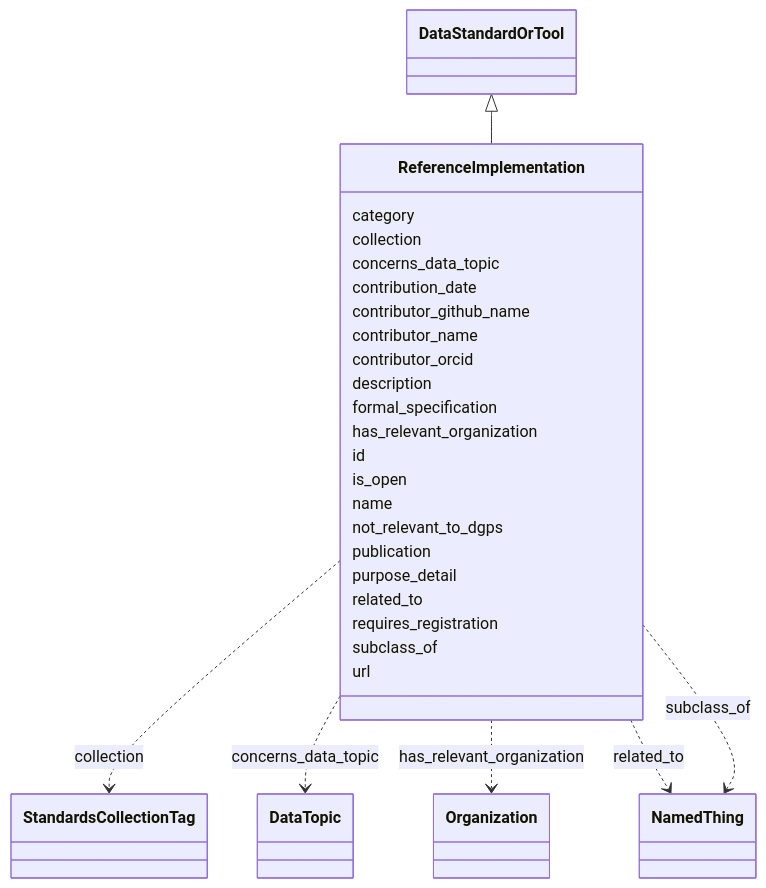
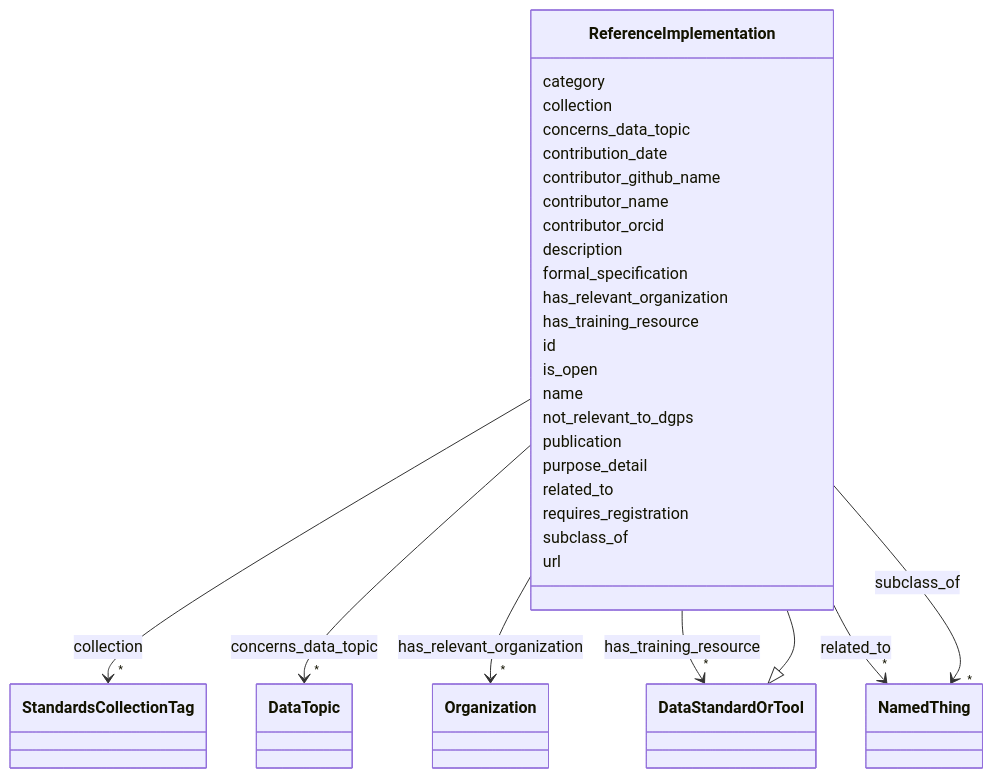
Before and after one commit to bridge2ai/standards-schemas: the diagram in docs/ReferenceImplementation.md, drawn with Mermaid. The commit also changed other lines of this file and 212 other files, not shown here.

````diff
--- a/docs/ReferenceImplementation.md
+++ b/docs/ReferenceImplementation.md
@@ -11,17 +19,29 @@
 ```mermaid
  classDiagram
     class ReferenceImplementation
+    click ReferenceImplementation href "../ReferenceImplementation"
       DataStandardOrTool <|-- ReferenceImplementation
+        click DataStandardOrTool href "../DataStandardOrTool"
       
       ReferenceImplementation : category
         
       ReferenceImplementation : collection
         
-          ReferenceImplementation ..> StandardsCollectionTag : collection
+          
+    
+    
+    ReferenceImplementation --> "*" StandardsCollectionTag : collection
+    click StandardsCollectionTag href "../StandardsCollectionTag"
+
         
       ReferenceImplementation : concerns_data_topic
         
-          ReferenceImplementation ..> DataTopic : concerns_data_topic
+          
+    
+    
+    ReferenceImplementation --> "*" DataTopic : concerns_data_topic
+    click DataTopic href "../DataTopic"
+
         
       ReferenceImplementation : contribution_date
         
@@ -37,7 +57,21 @@
         
       ReferenceImplementation : has_relevant_organization
         
-          ReferenceImplementation ..> Organization : has_relevant_organization
+          
+    
+    
+    ReferenceImplementation --> "*" Organization : has_relevant_organization
+    click Organization href "../Organization"
+
+        
+      ReferenceImplementation : has_training_resource
+        
+          
+    
+    
+    ReferenceImplementation --> "*" DataStandardOrTool : has_training_resource
+    click DataStandardOrTool href "../DataStandardOrTool"
+
         
       ReferenceImplementation : id
         
@@ -53,13 +87,23 @@
         
       ReferenceImplementation : related_to
         
-          ReferenceImplementation ..> NamedThing : related_to
+          
+    
+    
+    ReferenceImplementation --> "*" NamedThing : related_to
+    click NamedThing href "../NamedThing"
+
         
       ReferenceImplementation : requires_registration
         
       ReferenceImplementation : subclass_of
         
-          ReferenceImplementation ..> NamedThing : subclass_of
+          
+    
+    
+    ReferenceImplementation --> "*" NamedThing : subclass_of
+    click NamedThing href "../NamedThing"
+
         
       ReferenceImplementation : url
         
````
